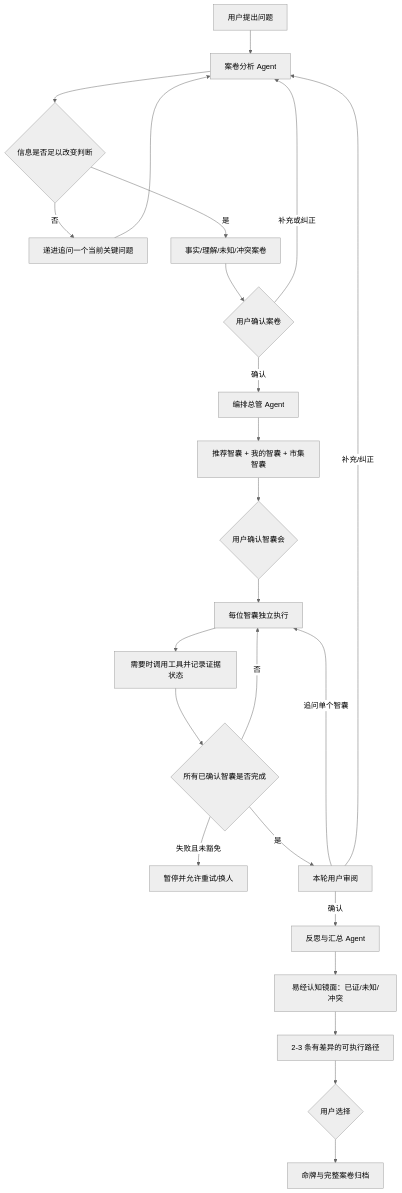
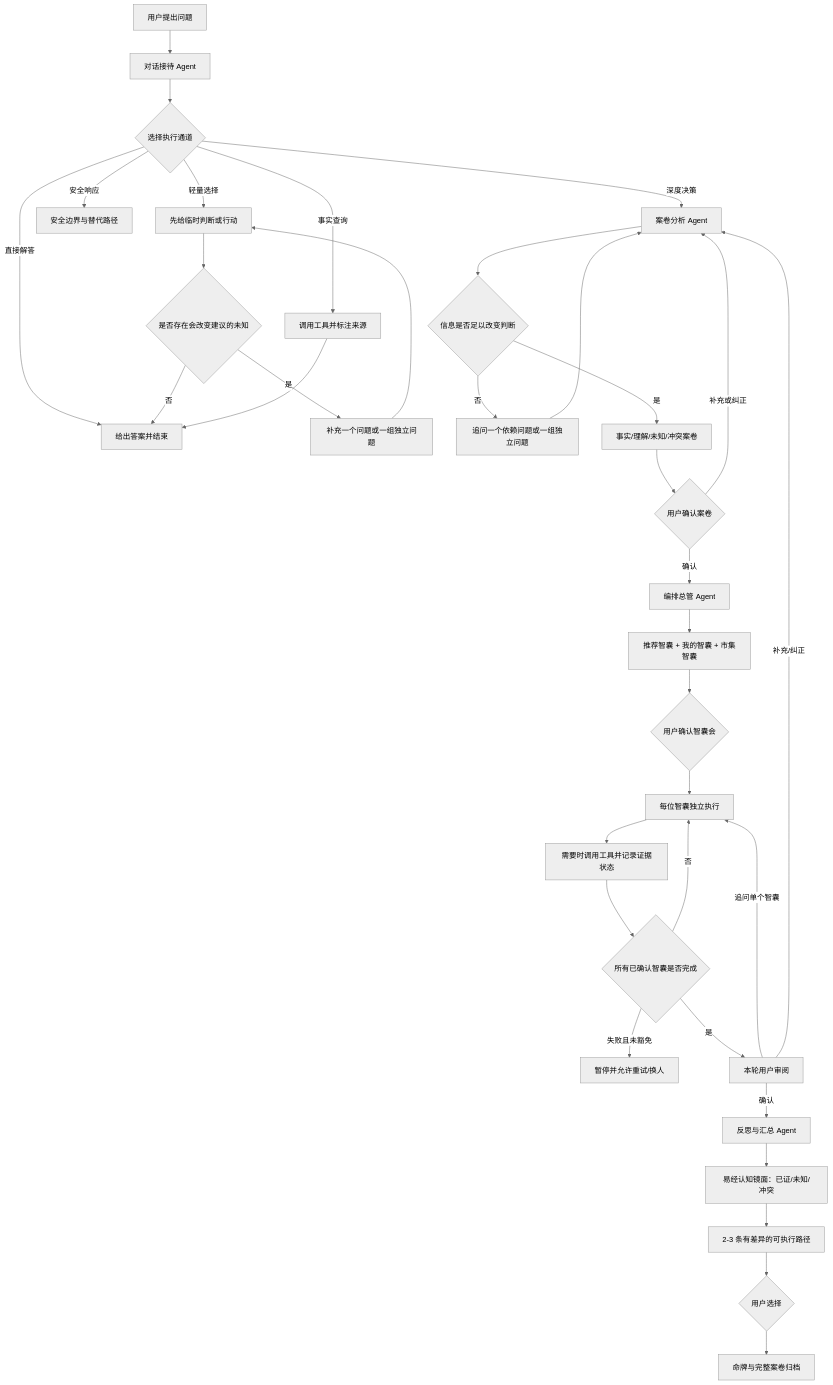
The diagram in docs/多智能体推演系统/00-重构总览与系统边界.md (BUPTtt2/divergence-trae), drawn with Mermaid (neutral theme) before and after one commit. The commit also changed other lines of this file and 3 other files, not shown here.

````diff
--- a/docs/多智能体推演系统/00-重构总览与系统边界.md
+++ b/docs/多智能体推演系统/00-重构总览与系统边界.md
@@ -9,26 +9,37 @@
 ```mermaid
 flowchart TD
-    U[用户提出问题] --> A[案卷分析 Agent]
+    U[用户提出问题] --> I[对话接待 Agent]
+    I --> J{选择执行通道}
+    J -- 直接解答 --> Z[给出答案并结束]
+    J -- 轻量选择 --> K[先给临时判断或行动]
+    K --> N{是否存在会改变建议的未知}
+    N -- 否 --> Z
+    N -- 是 --> Q0[补充一个问题或一组独立问题]
+    Q0 --> K
+    J -- 事实查询 --> T0[调用工具并标注来源]
+    T0 --> Z
+    J -- 安全响应 --> S0[安全边界与替代路径]
+    J -- 深度决策 --> A[案卷分析 Agent]
     A --> B{信息是否足以改变判断}
-    B -- 否 --> Q[递进追问一个当前关键问题]
+    B -- 否 --> Q[追问一个依赖问题或一组独立问题]
     Q --> A
     B -- 是 --> C[事实/理解/未知/冲突案卷]
     C --> H{用户确认案卷}
     H -- 补充或纠正 --> A
     H -- 确认 --> O[编排总管 Agent]
     O --> S[推荐智囊 + 我的智囊 + 市集智囊]
     S --> G{用户确认智囊会}
     G --> R[每位智囊独立执行]
     R --> T[需要时调用工具并记录证据状态]
     T --> V{所有已确认智囊是否完成}
     V -- 否 --> R
     V -- 失败且未豁免 --> X[暂停并允许重试/换人]
     V -- 是 --> W[本轮用户审阅]
     W -- 追问单个智囊 --> R
     W -- 补充/纠正 --> A
     W -- 确认 --> F[反思与汇总 Agent]
     F --> L[易经认知镜面：已证/未知/冲突]
     L --> P[2-3 条有差异的可执行路径]
     P --> D{用户选择}
     D --> M[命牌与完整案卷归档]
 ```
````
